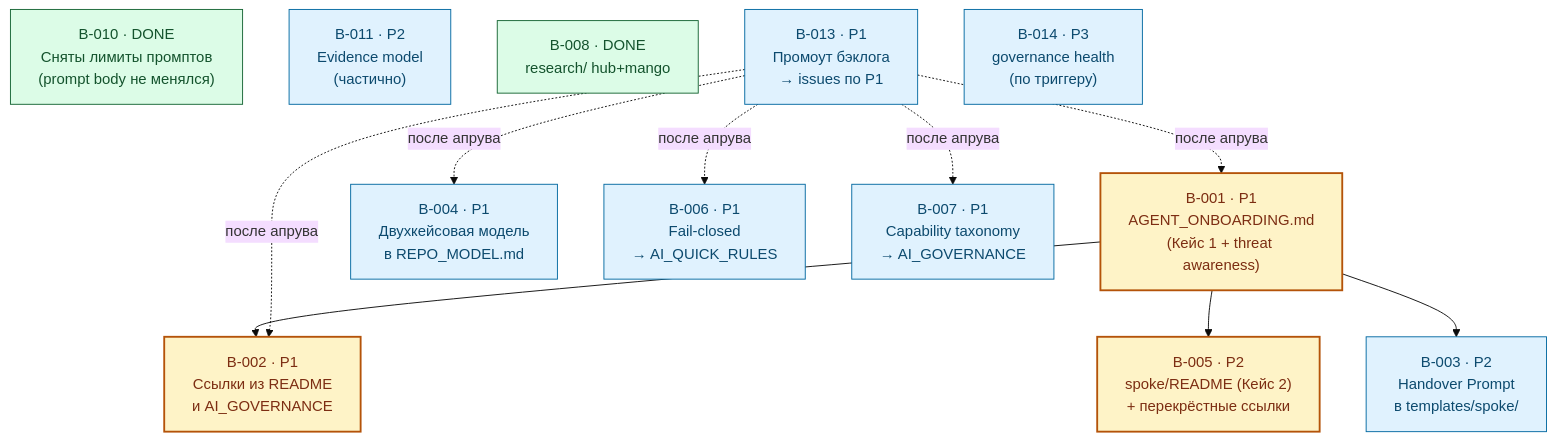
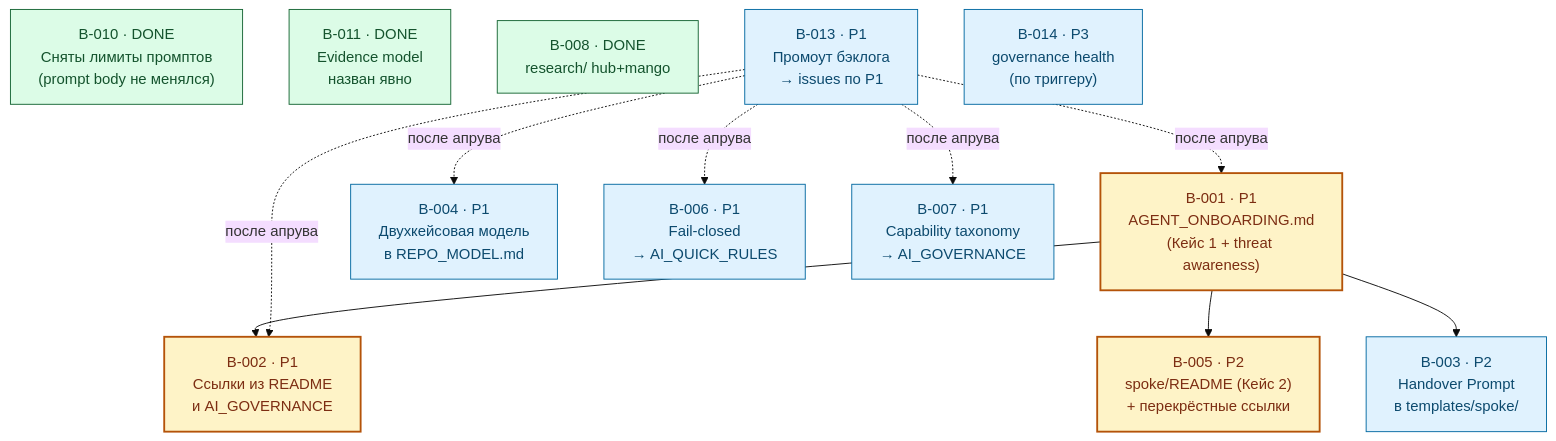
Before and after one commit to G-Ivan-A/hybrid-Intelligence-lab: the diagram in governance/BACKLOG.md, drawn with Mermaid (base theme). The commit also changed other lines of this file and 3 other files, not shown here.

````diff
--- a/governance/BACKLOG.md
+++ b/governance/BACKLOG.md
@@ -869,36 +869,36 @@
 ```mermaid
 flowchart TD
     B010["B-010 · DONE<br/>Сняты лимиты промптов<br/>(prompt body не менялся)"]
     B001["B-001 · P1<br/>AGENT_ONBOARDING.md<br/>(Кейс 1 + threat awareness)"]
     B002["B-002 · P1<br/>Ссылки из README<br/>и AI_GOVERNANCE"]
     B005["B-005 · P2<br/>spoke/README (Кейс 2)<br/>+ перекрёстные ссылки"]
 
     B003["B-003 · P2<br/>Handover Prompt<br/>в templates/spoke/"]
     B004["B-004 · P1<br/>Двухкейсовая модель<br/>в REPO_MODEL.md"]
     B006["B-006 · P1<br/>Fail-closed<br/>→ AI_QUICK_RULES"]
     B007["B-007 · P1<br/>Capability taxonomy<br/>→ AI_GOVERNANCE"]
-    B011["B-011 · P2<br/>Evidence model<br/>(частично)"]
+    B011["B-011 · DONE<br/>Evidence model<br/>назван явно"]
     B008["B-008 · DONE<br/>research/ hub+mango"]
     B013["B-013 · P1<br/>Промоут бэклога<br/>→ issues по P1"]
     B014["B-014 · P3<br/>governance health<br/>(по триггеру)"]
 
     %% Критический путь
     B001 --> B002
     B001 --> B005
 
     %% Прочие зависимости
     B001 --> B003
     B013 -. "после апрува" .-> B001
     B013 -. "после апрува" .-> B002
     B013 -. "после апрува" .-> B004
     B013 -. "после апрува" .-> B006
     B013 -. "после апрува" .-> B007
 
     classDef crit fill:#fef3c7,stroke:#b45309,color:#7c2d12,stroke-width:2px;
     classDef norm fill:#e0f2fe,stroke:#0369a1,color:#0c4a6e;
     classDef done fill:#dcfce7,stroke:#166534,color:#14532d;
 
     class B001,B002,B005 crit;
-    class B003,B004,B006,B007,B011,B013,B014 norm;
-    class B008,B010 done;
+    class B003,B004,B006,B007,B013,B014 norm;
+    class B008,B010,B011 done;
 ```
````
